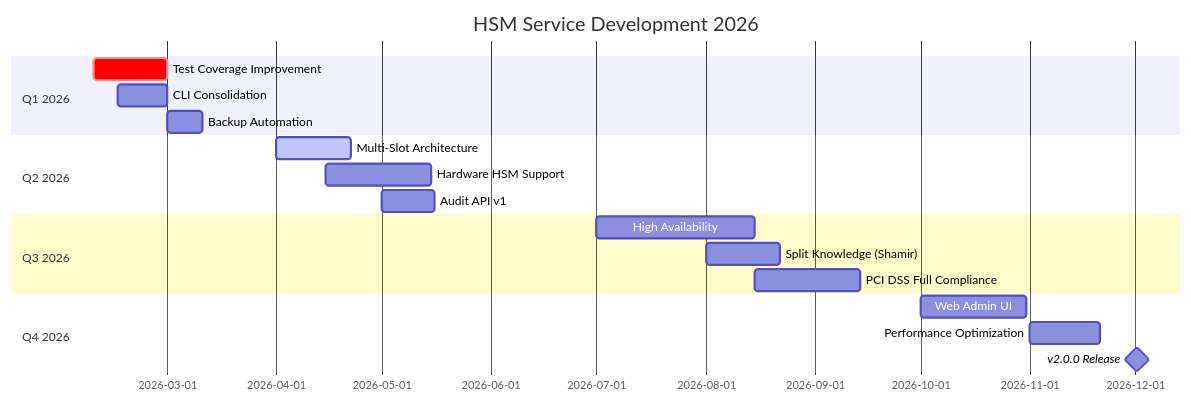
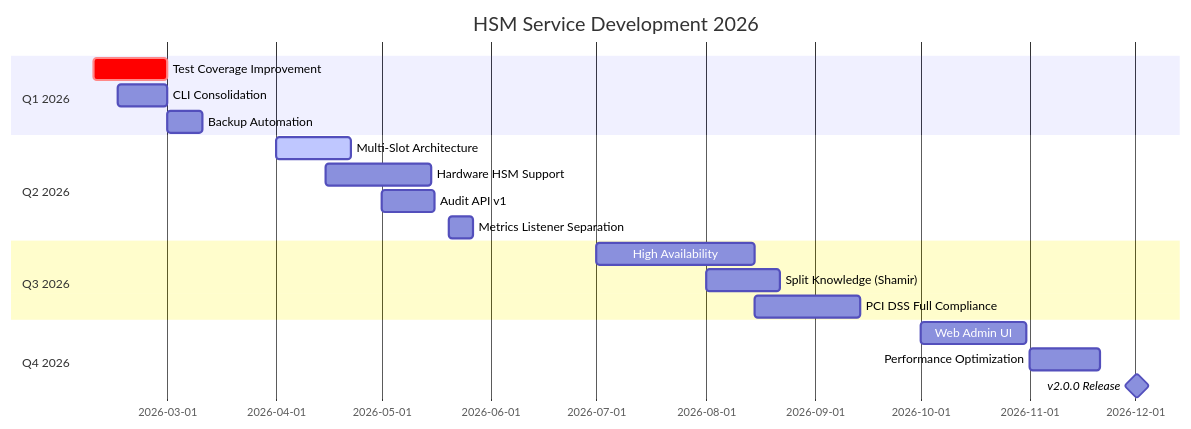
One commit to titaev-lv/hsm-service changed the diagram in IMPROVEMENT_PLAN_2026.md. Above: the diagram before and after it, drawn with Mermaid. The commit also changed other lines of this file and 11 other files, not shown here.

Commit message:
feat(logging,plans): add stdout controls and document metrics listener roadmap

````diff
--- a/IMPROVEMENT_PLAN_2026.md
+++ b/IMPROVEMENT_PLAN_2026.md
@@ -74,21 +75,22 @@
 ```mermaid
 gantt
     title HSM Service Development 2026
     dateFormat YYYY-MM-DD
     section Q1 2026
     Test Coverage Improvement    :crit, 2026-02-08, 21d
     CLI Consolidation            :2026-02-15, 14d
     Backup Automation            :2026-03-01, 10d
     section Q2 2026
     Multi-Slot Architecture      :active, 2026-04-01, 21d
     Hardware HSM Support         :2026-04-15, 30d
     Audit API v1                 :2026-05-01, 15d
+    Metrics Listener Separation  :2026-05-20, 7d
     section Q3 2026
     High Availability            :2026-07-01, 45d
     Split Knowledge (Shamir)     :2026-08-01, 21d
     PCI DSS Full Compliance      :2026-08-15, 30d
     section Q4 2026
     Web Admin UI                 :2026-10-01, 30d
     Performance Optimization     :2026-11-01, 20d
     v2.0.0 Release               :milestone, 2026-12-01, 1d
 ```
````
